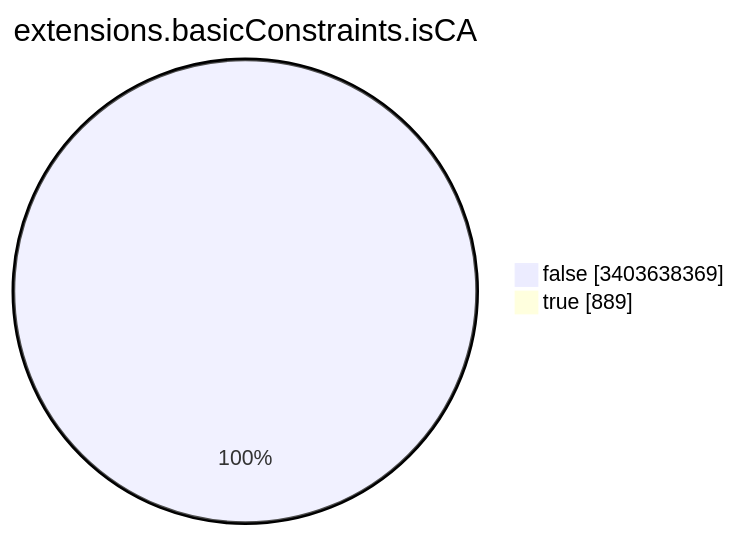
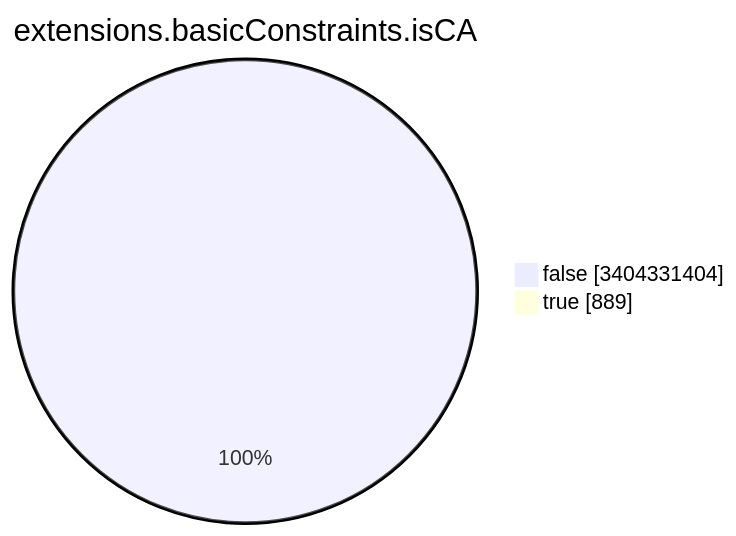
The seventh of 15 diagrams in TOTAL/README.md (christiankrug/ctmonitor_visualization), drawn with Mermaid before and after one commit. The commit also changed other lines of this file, not shown here.

````diff
--- a/TOTAL/README.md
+++ b/TOTAL/README.md
@@ -3091,6 +3091,6 @@
 ```mermaid
 pie showData
 title extensions.basicConstraints.isCA
-"false" :3403638369
+"false" :3404331404
 "true" :889
 ```
````
